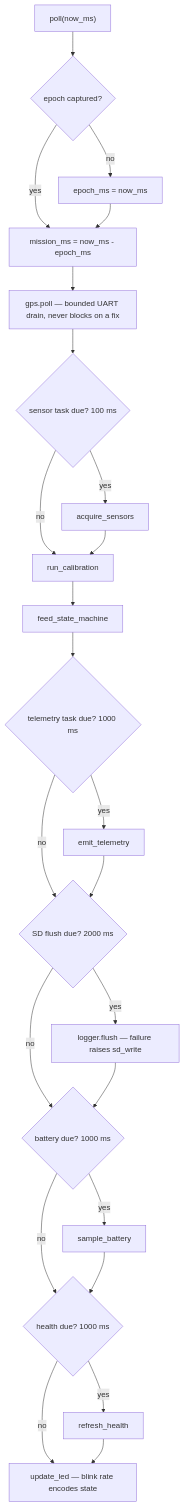
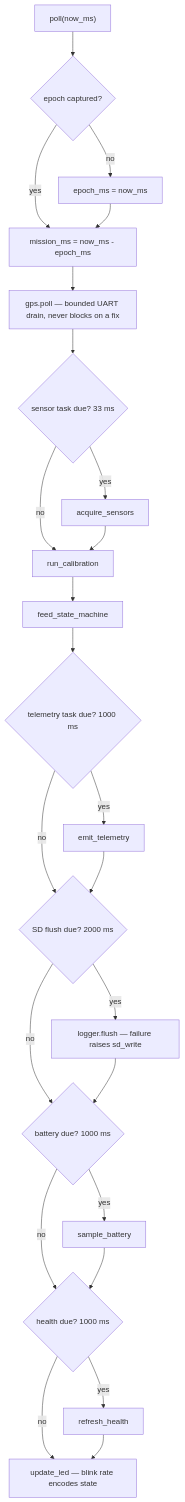
One commit to KunjSorathiya/CanSat-2026 changed the third of 9 diagrams in documentation/design/software-architecture.md. Above: the diagram before and after it, drawn with Mermaid. The commit also changed other lines of this file and 21 other files, not shown here.

````diff
--- a/documentation/design/software-architecture.md
+++ b/documentation/design/software-architecture.md
@@ -172,26 +172,26 @@
 ```mermaid
 flowchart TD
     A["poll(now_ms)"] --> B{"epoch captured?"}
     B -- no --> C["epoch_ms = now_ms"]
     B -- yes --> D["mission_ms = now_ms - epoch_ms"]
     C --> D
     D --> E["gps.poll — bounded UART drain, never blocks on a fix"]
-    E --> F{"sensor task due? 100 ms"}
+    E --> F{"sensor task due? 33 ms"}
     F -- yes --> G["acquire_sensors"]
     F -- no --> H["run_calibration"]
     G --> H
     H --> I["feed_state_machine"]
     I --> J{"telemetry task due? 1000 ms"}
     J -- yes --> K["emit_telemetry"]
     J -- no --> L{"SD flush due? 2000 ms"}
     K --> L
     L -- yes --> M["logger.flush — failure raises sd_write"]
     L -- no --> N{"battery due? 1000 ms"}
     M --> N
     N -- yes --> O["sample_battery"]
     N -- no --> P{"health due? 1000 ms"}
     O --> P
     P -- yes --> Q["refresh_health"]
     P -- no --> R["update_led — blink rate encodes state"]
     Q --> R
 ```
````
